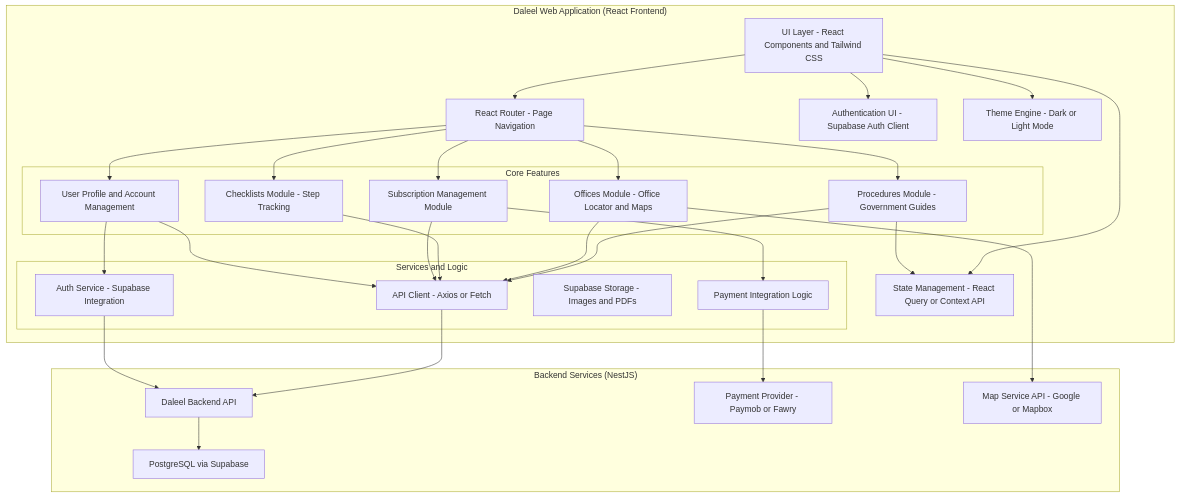
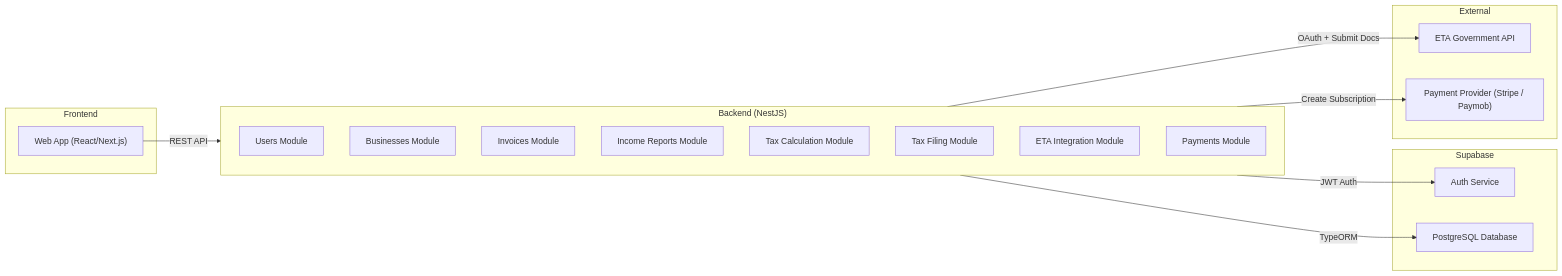
The first of 5 diagrams in README.md (itsali10/daleel), drawn with Mermaid before and after one commit.

Commit message:
Added Component Diagram

````diff
--- a/README.md
+++ b/README.md
@@ -62,58 +62,34 @@
 ```mermaid
-graph TD
-    subgraph "Daleel Web Application (React Frontend)"
-        UI["UI Layer - React Components and Tailwind CSS"]
-        ROUTER["React Router - Page Navigation"]
-        STATE["State Management - React Query or Context API"]
-        AUTHUI["Authentication UI - Supabase Auth Client"]
-        THEME["Theme Engine - Dark or Light Mode"]
-
-        subgraph "Core Features"
-            PROC["Procedures Module - Government Guides"]
-            OFFICES["Offices Module - Office Locator and Maps"]
-            CHECKLISTS["Checklists Module - Step Tracking"]
-            SUBS["Subscription Management Module"]
-            PROFILE["User Profile and Account Management"]
-        end
-
-        subgraph "Services and Logic"
-            API_CLIENT["API Client - Axios or Fetch"]
-            AUTH_SERVICE["Auth Service - Supabase Integration"]
-            STORAGE["Supabase Storage - Images and PDFs"]
-            PAY_SERVICE["Payment Integration Logic"]
-        end
+graph LR
+    subgraph Frontend
+        FE["Web App (React/Next.js)"]
     end
 
-    subgraph "Backend Services (NestJS)"
-        API["Daleel Backend API"]
-        DB["PostgreSQL via Supabase"]
-        PAYMENTS["Payment Provider - Paymob or Fawry"]
-        MAPS["Map Service API - Google or Mapbox"]
+    subgraph Backend["Backend (NestJS)"]
+        U["Users Module"]
+        B["Businesses Module"]
+        I["Invoices Module"]
+        IR["Income Reports Module"]
+        TC["Tax Calculation Module"]
+        TF["Tax Filing Module"]
+        ETA["ETA Integration Module"]
+        PAY["Payments Module"]
     end
 
-    %% Connections
-    UI --> ROUTER
-    UI --> STATE
-    UI --> AUTHUI
-    UI --> THEME
-    ROUTER --> PROC
-    ROUTER --> OFFICES
-    ROUTER --> CHECKLISTS
-    ROUTER --> SUBS
-    ROUTER --> PROFILE
+    subgraph Supabase
+        AUTH["Auth Service"]
+        DB["PostgreSQL Database"]
+    end
 
-    PROC --> API_CLIENT
-    PROC --> STATE
-    OFFICES --> API_CLIENT
-    OFFICES --> MAPS
-    CHECKLISTS --> API_CLIENT
-    SUBS --> API_CLIENT
-    SUBS --> PAY_SERVICE
-    PROFILE --> API_CLIENT
-    PROFILE --> AUTH_SERVICE
+    subgraph External
+        EG["ETA Government API"]
+        PM["Payment Provider (Stripe / Paymob)"]
+    end
 
-    API_CLIENT --> API
-    AUTH_SERVICE --> API
-    PAY_SERVICE --> PAYMENTS
-    API --> DB
+    FE -->|"REST API"| Backend
+    Backend -->|"JWT Auth"| AUTH
+    Backend -->|"TypeORM"| DB
+    Backend -->|"OAuth + Submit Docs"| EG
+    Backend -->|"Create Subscription"| PM
+
 ```
````
